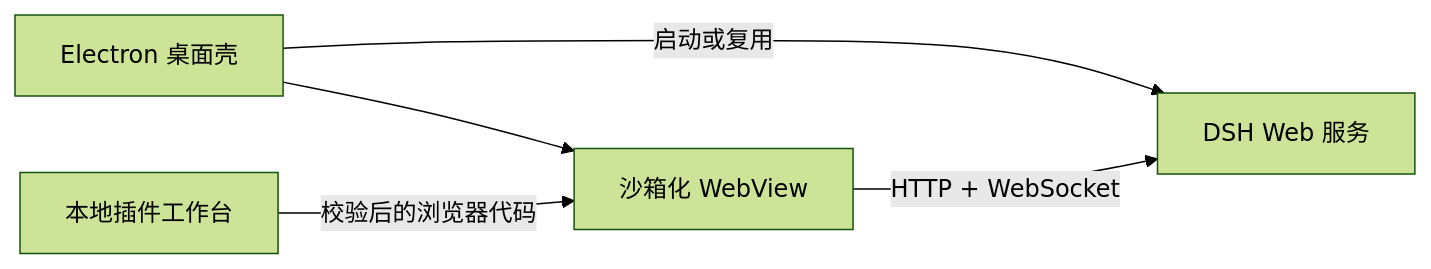
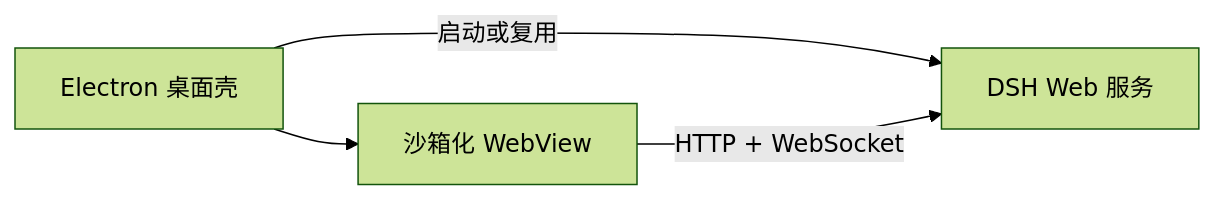
The diagram in README.zh-CN.md (ParkerLille/dsh-desktop), drawn with Mermaid (forest theme) before and after one commit. The commit also changed other lines of this file and 17 other files, not shown here.

````diff
--- a/README.zh-CN.md
+++ b/README.zh-CN.md
@@ -63,7 +62,6 @@
 ```mermaid
 flowchart LR
   Desktop[Electron 桌面壳] -->|启动或复用| DSH[DSH Web 服务]
   Desktop --> WebView[沙箱化 WebView]
   WebView -->|HTTP + WebSocket| DSH
-  Workbench[本地插件工作台] -->|校验后的浏览器代码| WebView
 ```
````
